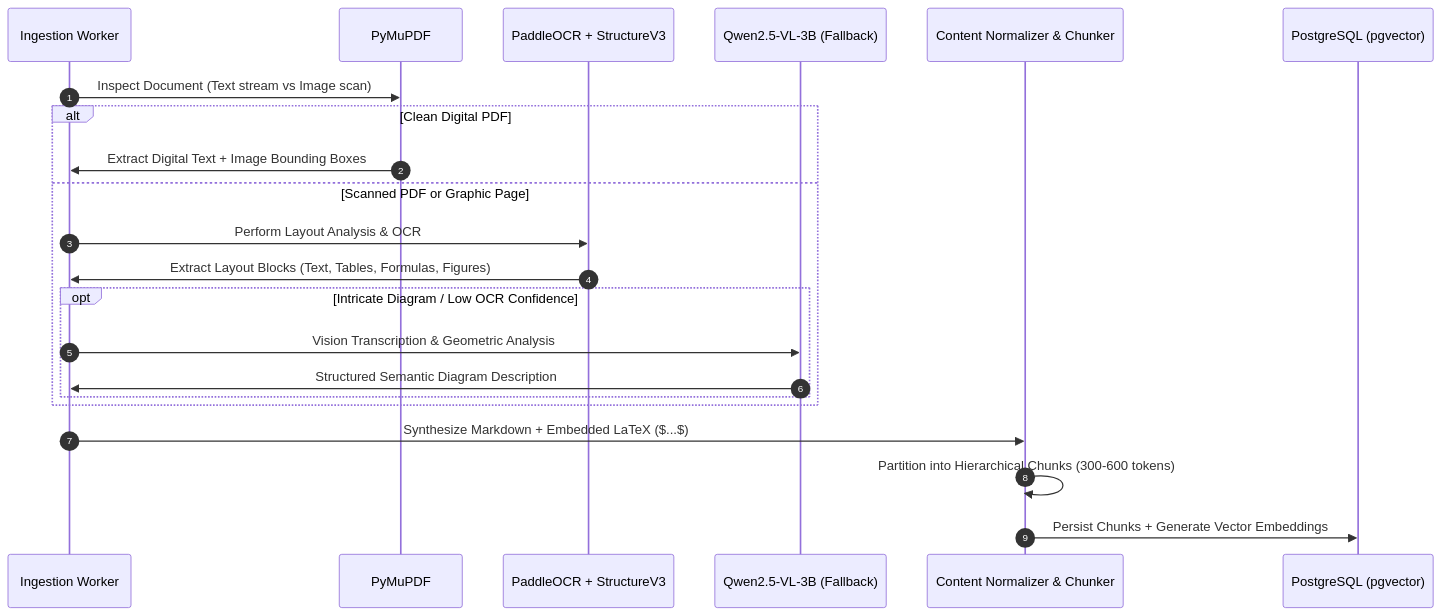
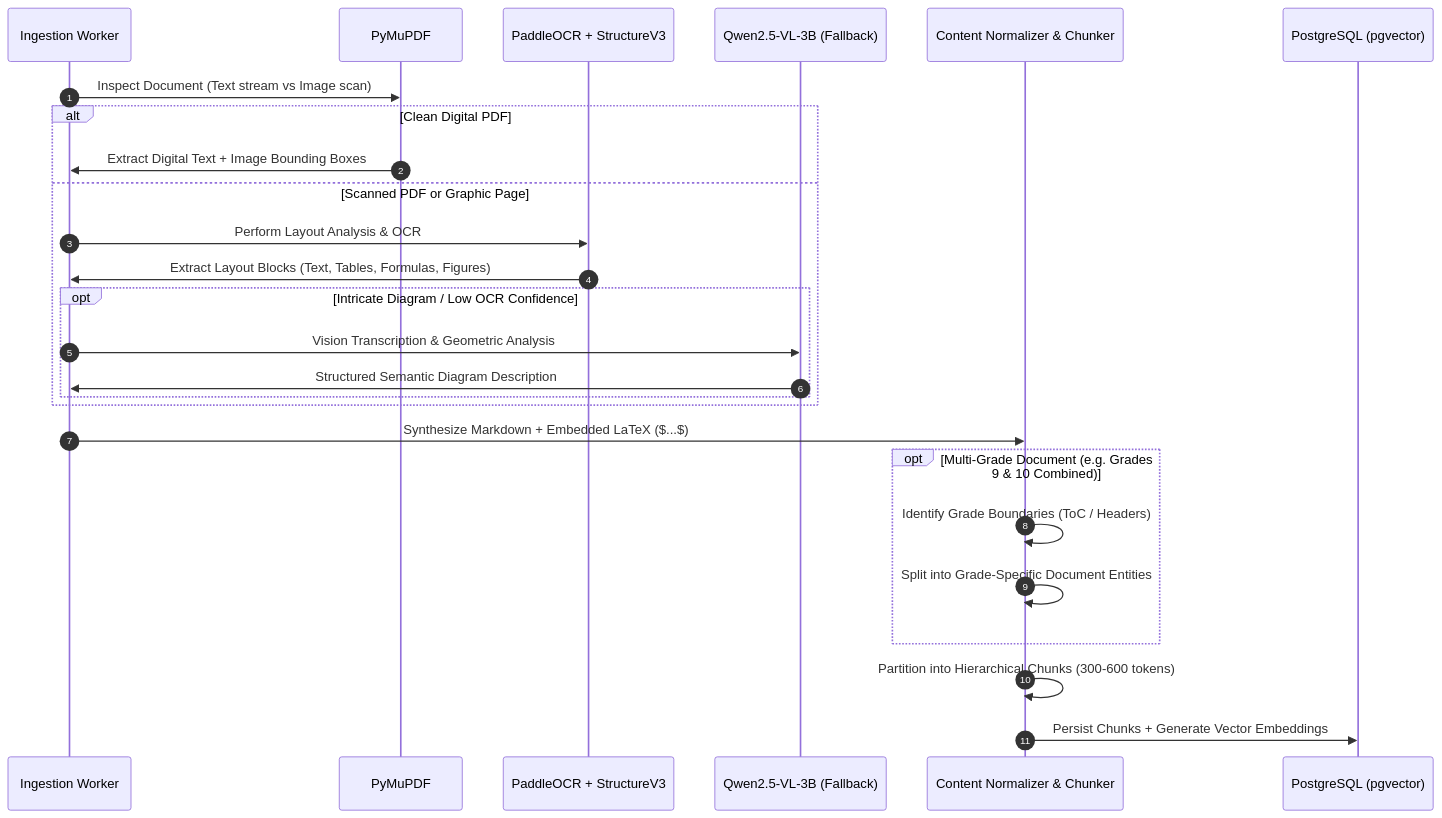
One commit to ali-muhammad-salim/education-mcq-ai changed the third of 5 diagrams in docs/ARCHITECTURE.md. Above: the diagram before and after it, drawn with Mermaid. The commit also changed other lines of this file and 555 other files, not shown here.

````diff
--- a/docs/ARCHITECTURE.md
+++ b/docs/ARCHITECTURE.md
@@ -345,25 +355,31 @@
 ```mermaid
 sequenceDiagram
     autonumber
     participant IngestWorker as Ingestion Worker
     participant PyMu as PyMuPDF
     participant Paddle as PaddleOCR + StructureV3
     participant QwenVL as Qwen2.5-VL-3B (Fallback)
     participant Normalizer as Content Normalizer & Chunker
     participant DB as PostgreSQL (pgvector)
 
     IngestWorker->>PyMu: Inspect Document (Text stream vs Image scan)
     alt Clean Digital PDF
         PyMu->>IngestWorker: Extract Digital Text + Image Bounding Boxes
     else Scanned PDF or Graphic Page
         IngestWorker->>Paddle: Perform Layout Analysis & OCR
         Paddle->>IngestWorker: Extract Layout Blocks (Text, Tables, Formulas, Figures)
         opt Intricate Diagram / Low OCR Confidence
             IngestWorker->>QwenVL: Vision Transcription & Geometric Analysis
             QwenVL->>IngestWorker: Structured Semantic Diagram Description
         end
     end
     IngestWorker->>Normalizer: Synthesize Markdown + Embedded LaTeX ($...$)
+    
+    opt Multi-Grade Document (e.g. Grades 9 & 10 Combined)
+        Normalizer->>Normalizer: Identify Grade Boundaries (ToC / Headers)
+        Normalizer->>Normalizer: Split into Grade-Specific Document Entities
+    end
+    
     Normalizer->>Normalizer: Partition into Hierarchical Chunks (300-600 tokens)
     Normalizer->>DB: Persist Chunks + Generate Vector Embeddings
 ```
````
